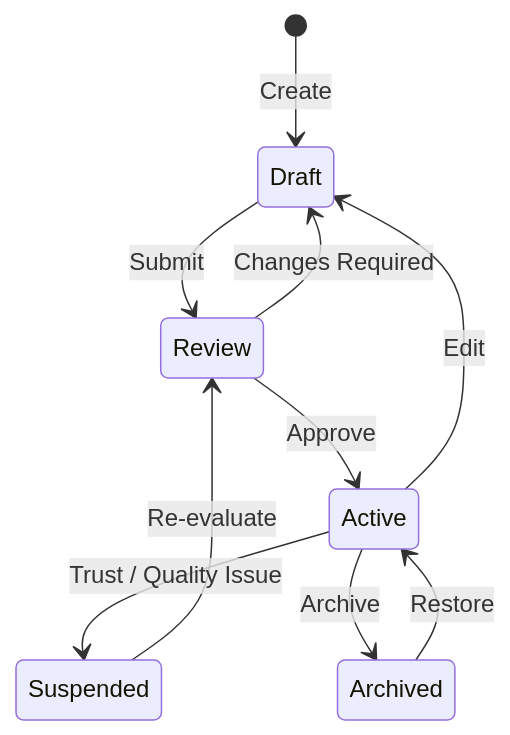
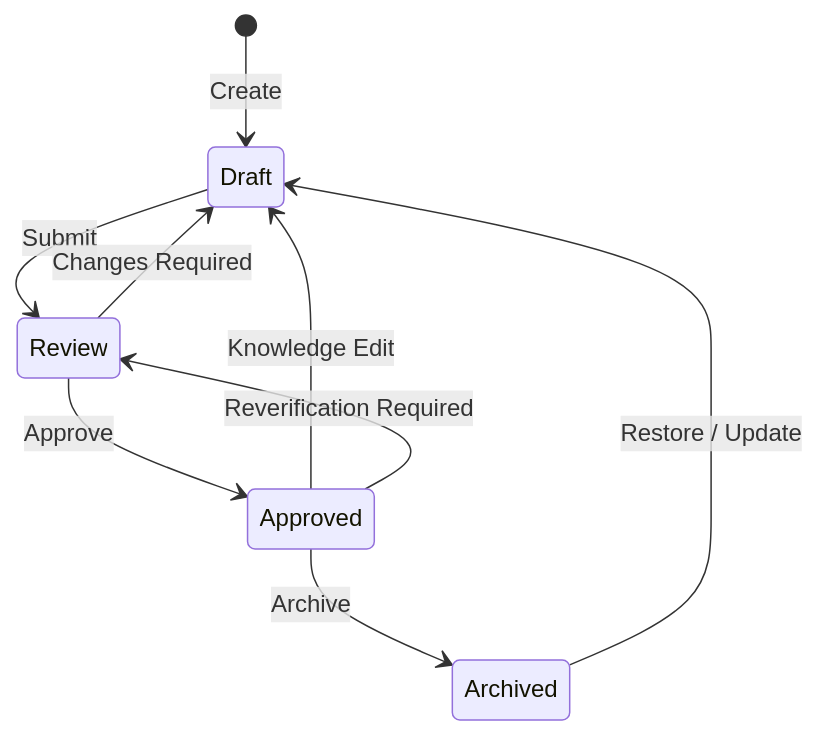
The first of 2 diagrams in docs/04-offering-knowledge.md (petkao/pinkcurve-blueprint), drawn with Mermaid before and after one commit. The commit also changed other lines of this file and 4 other files, not shown here.

Commit message:
Align Discovery architecture across blueprint chapters

````diff
--- a/docs/04-offering-knowledge.md
+++ b/docs/04-offering-knowledge.md
@@ -591,12 +684,11 @@
 ```mermaid
 stateDiagram-v2
     [*] --> Draft: Create
     Draft --> Review: Submit
-    Review --> Active: Approve
+    Review --> Approved: Approve
     Review --> Draft: Changes Required
-    Active --> Draft: Edit
-    Active --> Suspended: Trust / Quality Issue
-    Suspended --> Review: Re-evaluate
-    Active --> Archived: Archive
-    Archived --> Active: Restore
+    Approved --> Draft: Knowledge Edit
+    Approved --> Review: Reverification Required
+    Approved --> Archived: Archive
+    Archived --> Draft: Restore / Update
 ```
````
